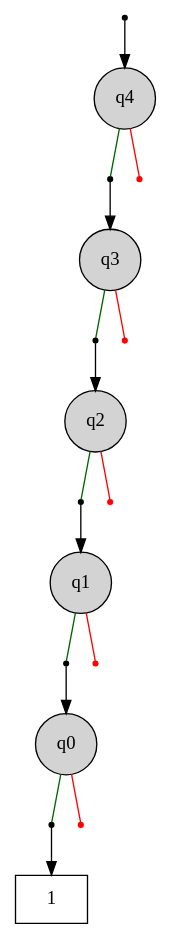
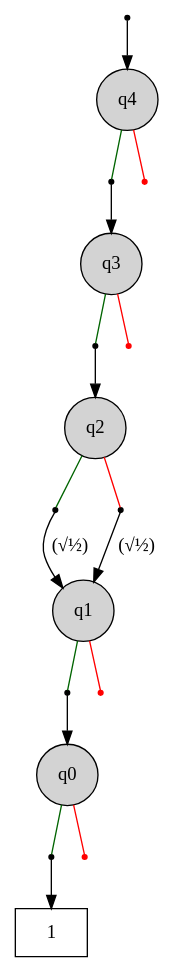
One commit to cda-tum/mqt-ddvis changed the diagram in data/1.dot. Above: the diagram before and after it, drawn with Graphviz. The commit also changed 1 other file, not shown here.

Commit message:
fixed the issue that the graph had not the expected height

```diff
--- a/data/1.dot
+++ b/data/1.dot
@@ -1,44 +1,45 @@
 digraph "DD" {
 graph [center=true, ordering=out];
 node [shape=circle, center=true];
 "T" [ shape = box, label="1" ];
 "R" [label="", shape=point];
 "0" [ label="q4" ,style=filled, fillcolor=lightgray ];
 "0h0"  [label="", shape=point];
 "0h2"  [label="", shape=point , fillcolor=red, color=red];
 "1" [ label="q3" ,style=filled, fillcolor=lightgray ];
 "1h0"  [label="", shape=point];
 "1h2"  [label="", shape=point , fillcolor=red, color=red];
 "2" [ label="q2" ,style=filled, fillcolor=lightgray ];
 "2h0"  [label="", shape=point];
-"2h2"  [label="", shape=point , fillcolor=red, color=red];
+"2h2"  [label="", shape=point];
 "3" [ label="q1" ,style=filled, fillcolor=lightgray ];
 "3h0"  [label="", shape=point];
 "3h2"  [label="", shape=point , fillcolor=red, color=red];
 "4" [ label="q0" ,style=filled, fillcolor=lightgray ];
 "4h0"  [label="", shape=point ];
 "4h2"  [label="", shape=point , fillcolor=red, color=red];
 
 "R" -> "0"
 {rank=same; "0h0" "0h2"}
 "0" -> "0h0" [arrowhead=none,color=darkgreen];
 "0h0" -> "1";
 "0" -> "0h2" [arrowhead=none,color=red];
 {rank=same; "1h0" "1h2"}
 "1" -> "1h0" [arrowhead=none,color=darkgreen];
 "1h0" -> "2";
 "1" -> "1h2" [arrowhead=none,color=red];
 {rank=same; "2h0" "2h2"}
 "2" -> "2h0" [arrowhead=none,color=darkgreen];
-"2h0" -> "3";
+"2h0" -> "3" [label=" (√½)" ];
 "2" -> "2h2" [arrowhead=none,color=red];
+"2h2" -> "3" [label=" (√½)" ];
 {rank=same; "3h0" "3h2"}
 "3" -> "3h0" [arrowhead=none,color=darkgreen];
 "3h0" -> "4";
 "3" -> "3h2" [arrowhead=none,color=red];
 {rank=same; "4h0" "4h2"}
 "4" -> "4h0" [arrowhead=none,color=darkgreen];
 "4h0"-> "T";
 "4" -> "4h2" [arrowhead=none,color=red];
 
 }
```
